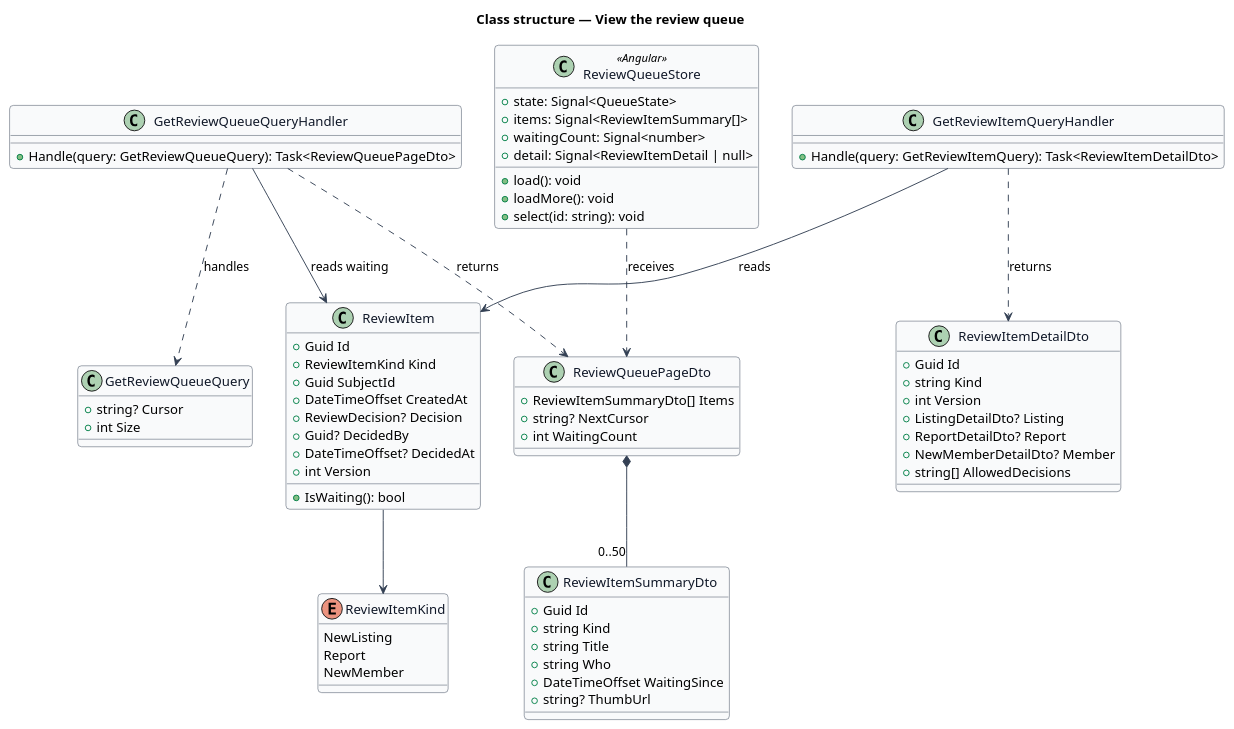
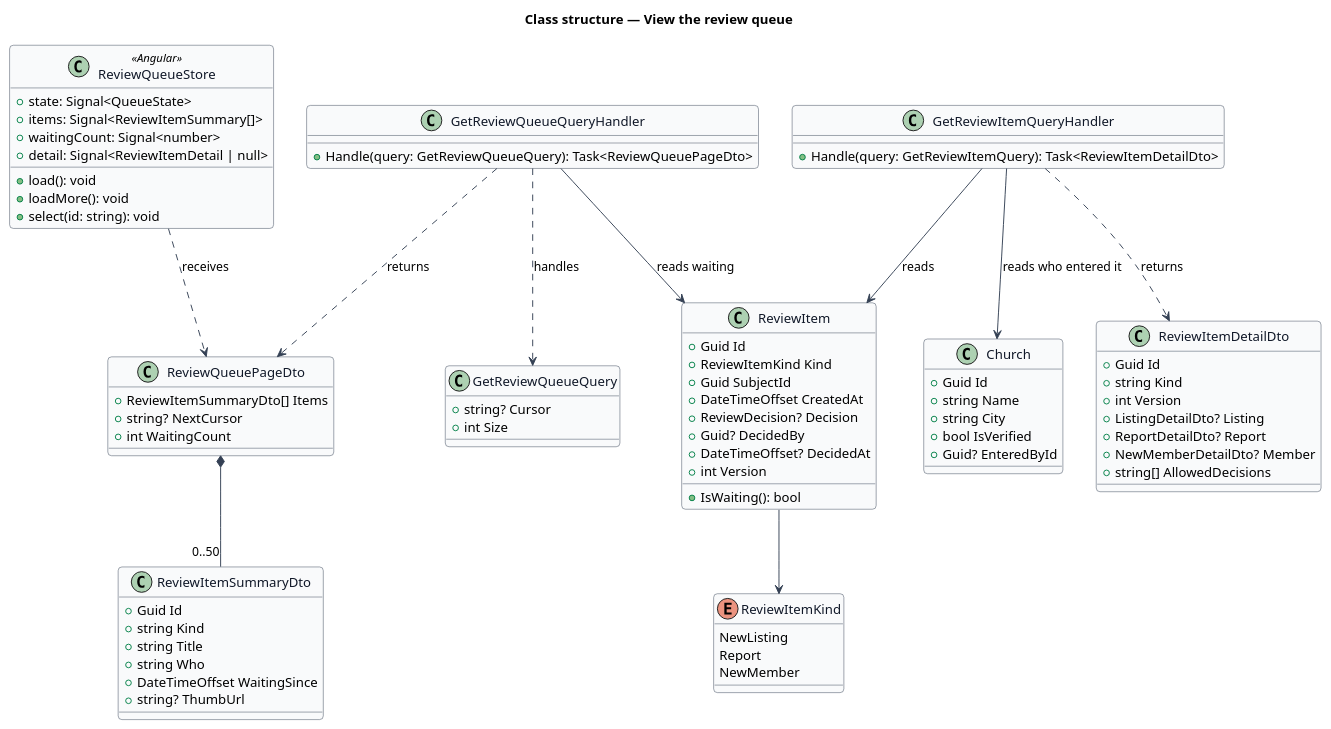
Before and after one commit to QuinntyneBrown/christian-rent: the diagram in docs/detailed-designs/review/view-review-queue/diagrams/class-structure.puml, drawn with PlantUML. The commit also changed 9 other files, not shown here.

```diff
--- a/docs/detailed-designs/review/view-review-queue/diagrams/class-structure.puml
+++ b/docs/detailed-designs/review/view-review-queue/diagrams/class-structure.puml
@@ -1,81 +1,89 @@
 @startuml
 ' --- shared skin header ---
 skinparam backgroundColor #FFFFFF
 skinparam shadowing false
 skinparam roundcorner 8
 skinparam defaultFontName Arial
 skinparam ArrowColor #344054
 skinparam class {
   BorderColor #344054
   FontColor #101828
   BackgroundColor #F9FAFB
 }
 ' --------------------------
 title Class structure — View the review queue
 
 class ReviewItem {
   +Guid Id
   +ReviewItemKind Kind
   +Guid SubjectId
   +DateTimeOffset CreatedAt
   +ReviewDecision? Decision
   +Guid? DecidedBy
   +DateTimeOffset? DecidedAt
   +int Version
   +IsWaiting(): bool
 }
 enum ReviewItemKind {
   NewListing
   Report
   NewMember
+}
+class Church {
+  +Guid Id
+  +string Name
+  +string City
+  +bool IsVerified
+  +Guid? EnteredById
 }
 class GetReviewQueueQuery {
   +string? Cursor
   +int Size
 }
 class GetReviewQueueQueryHandler {
   +Handle(query: GetReviewQueueQuery): Task<ReviewQueuePageDto>
 }
 class GetReviewItemQueryHandler {
   +Handle(query: GetReviewItemQuery): Task<ReviewItemDetailDto>
 }
 class ReviewQueuePageDto {
   +ReviewItemSummaryDto[] Items
   +string? NextCursor
   +int WaitingCount
 }
 class ReviewItemSummaryDto {
   +Guid Id
   +string Kind
   +string Title
   +string Who
   +DateTimeOffset WaitingSince
   +string? ThumbUrl
 }
 class ReviewItemDetailDto {
   +Guid Id
   +string Kind
   +int Version
   +ListingDetailDto? Listing
   +ReportDetailDto? Report
   +NewMemberDetailDto? Member
   +string[] AllowedDecisions
 }
 class ReviewQueueStore <<Angular>> {
   +state: Signal<QueueState>
   +items: Signal<ReviewItemSummary[]>
   +waitingCount: Signal<number>
   +detail: Signal<ReviewItemDetail | null>
   +load(): void
   +loadMore(): void
   +select(id: string): void
 }
 ReviewItem --> ReviewItemKind
 GetReviewQueueQueryHandler ..> GetReviewQueueQuery : handles
 GetReviewQueueQueryHandler --> ReviewItem : reads waiting
 GetReviewQueueQueryHandler ..> ReviewQueuePageDto : returns
 ReviewQueuePageDto *-- "0..50" ReviewItemSummaryDto
 GetReviewItemQueryHandler --> ReviewItem : reads
 GetReviewItemQueryHandler ..> ReviewItemDetailDto : returns
 ReviewQueueStore ..> ReviewQueuePageDto : receives
+GetReviewItemQueryHandler --> Church : reads who entered it
 @enduml
```
